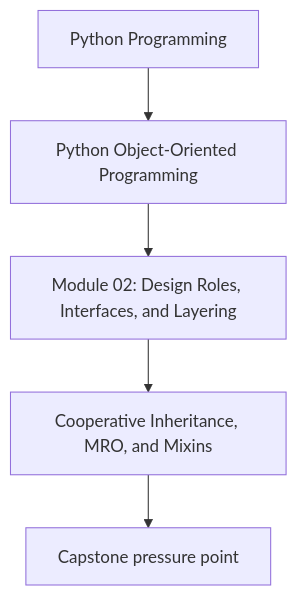
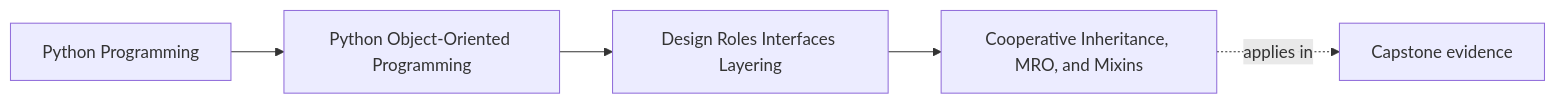
The first of 2 diagrams in programs/python-programming/python-object-oriented-programming/course-book/module-02-design-roles-interfaces-layering/cooperative-inheritance-mro-and-mixins.md (bijux/bijux-masterclass), drawn with Mermaid before and after one commit. The commit also changed other lines of this file and 65 other files, not shown here.

Commit message:
docs(python-object-oriented-programming): map object model and design foundations

````diff
--- a/programs/python-programming/python-object-oriented-programming/course-book/module-02-design-roles-interfaces-layering/cooperative-inheritance-mro-and-mixins.md
+++ b/programs/python-programming/python-object-oriented-programming/course-book/module-02-design-roles-interfaces-layering/cooperative-inheritance-mro-and-mixins.md
@@ -7,7 +7,11 @@
 ```mermaid
-flowchart TD
-  family["Python Programming"] --> program["Python Object-Oriented Programming"]
-  program --> module["Module 02: Design Roles, Interfaces, and Layering"]
-  module --> concept["Cooperative Inheritance, MRO, and Mixins"]
-  concept --> capstone["Capstone pressure point"]
+graph LR
+  family["Python Programming"]
+  program["Python Object-Oriented Programming"]
+  section["Design Roles Interfaces Layering"]
+  page["Cooperative Inheritance, MRO, and Mixins"]
+  capstone["Capstone evidence"]
+
+  family --> program --> section --> page
+  page -.applies in.-> capstone
 ```
````
